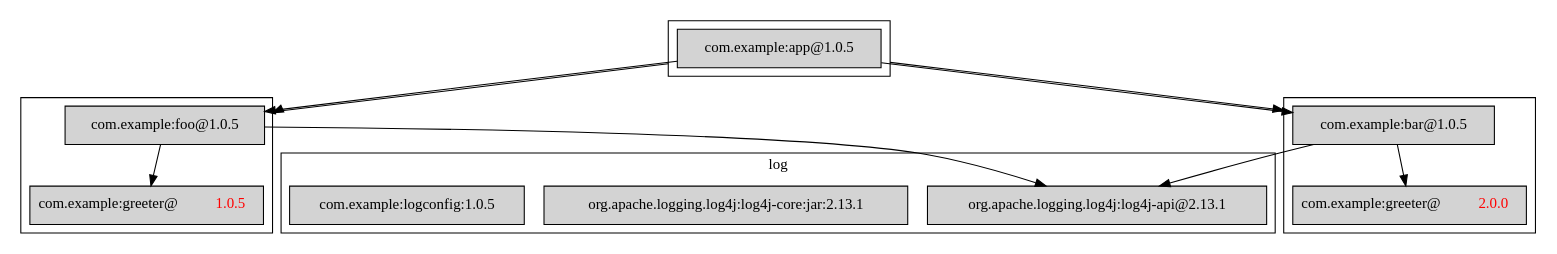
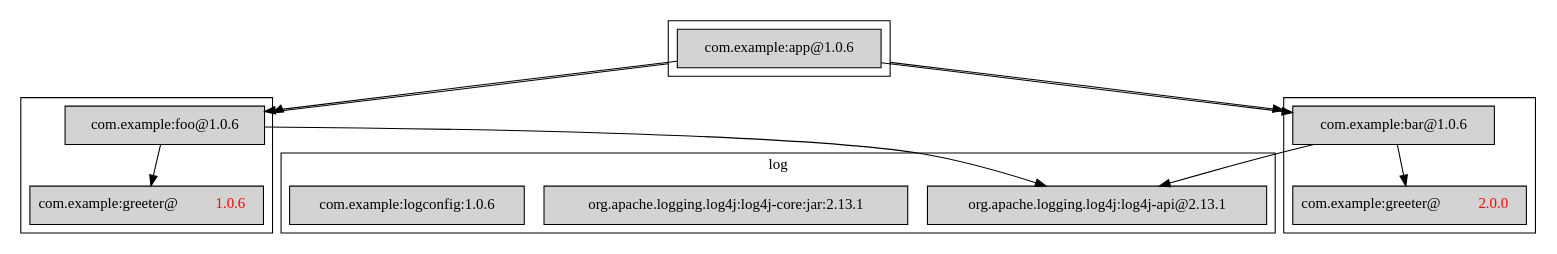
One commit to aalmiray/playground changed the diagram in images/example.dot. Above: the diagram before and after it, drawn with Graphviz. The commit also changed 8 other files, not shown here.

```diff
--- a/images/example.dot
+++ b/images/example.dot
@@ -1,45 +1,45 @@
 
 
 
 digraph "package dependencies"
 {
     node [shape=box]
     compound=true;
     
     subgraph cluster_log {
         node [style=filled];
     	"org.apache.logging.log4j:log4j-api@2.13.1"
     	"org.apache.logging.log4j:log4j-core:jar:2.13.1"
-        "com.example:logconfig:1.0.5"
+        "com.example:logconfig:1.0.6"
     	label = "log";
     }
     
     subgraph cluster_foo {
         node [style=filled];
         
         
-        "com.example:foo@1.0.5";
-        "com.example:greeter@1.0.5" [label=<com.example:greeter@<font color='red'>1.0.5</font>>];
+        "com.example:foo@1.0.6";
+        "com.example:greeter@1.0.6" [label=<com.example:greeter@<font color='red'>1.0.6</font>>];
         
-        "com.example:foo@1.0.5" -> "org.apache.logging.log4j:log4j-api@2.13.1";
-        "com.example:foo@1.0.5" -> "com.example:greeter@1.0.5";
+        "com.example:foo@1.0.6" -> "org.apache.logging.log4j:log4j-api@2.13.1";
+        "com.example:foo@1.0.6" -> "com.example:greeter@1.0.6";
     }
     
     subgraph cluster_bar {
         node [style=filled];
         
         "com.example:greeter@2.0.0" [label=<com.example:greeter@<font color='red'>2.0.0</font>>];
-        "com.example:bar@1.0.5" -> "org.apache.logging.log4j:log4j-api@2.13.1";
-        "com.example:bar@1.0.5" -> "com.example:greeter@2.0.0";
+        "com.example:bar@1.0.6" -> "org.apache.logging.log4j:log4j-api@2.13.1";
+        "com.example:bar@1.0.6" -> "com.example:greeter@2.0.0";
     }
     
     subgraph cluster_app {
         node [style=filled];
         
-        "com.example:app@1.0.5"  -> "com.example:foo@1.0.5";
-        "com.example:app@1.0.5"  -> "com.example:bar@1.0.5";
+        "com.example:app@1.0.6"  -> "com.example:foo@1.0.6";
+        "com.example:app@1.0.6"  -> "com.example:bar@1.0.6";
         
-        "com.example:app@1.0.5"  -> "com.example:foo@1.0.5" [ltail=cluster_app,lhead=cluster_foo];
-        "com.example:app@1.0.5"  -> "com.example:bar@1.0.5" [ltail=cluster_app,lhead=cluster_bar];
+        "com.example:app@1.0.6"  -> "com.example:foo@1.0.6" [ltail=cluster_app,lhead=cluster_foo];
+        "com.example:app@1.0.6"  -> "com.example:bar@1.0.6" [ltail=cluster_app,lhead=cluster_bar];
     }
 }
```
